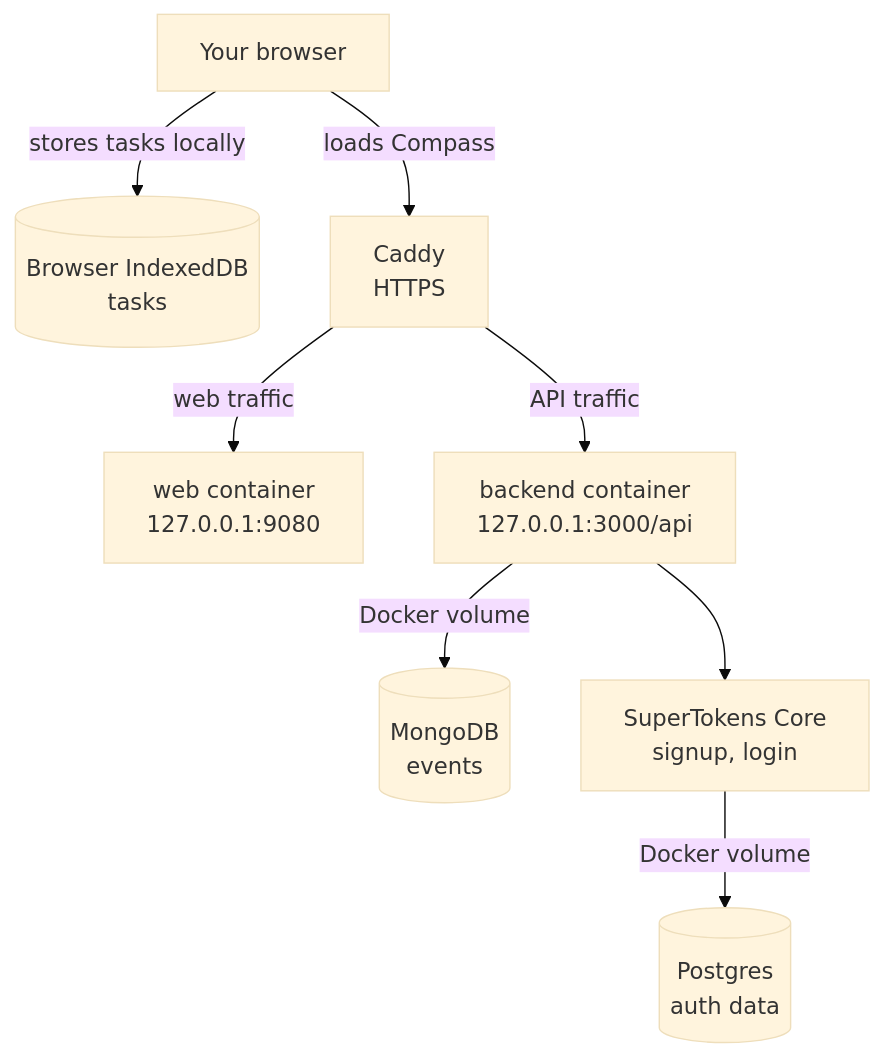
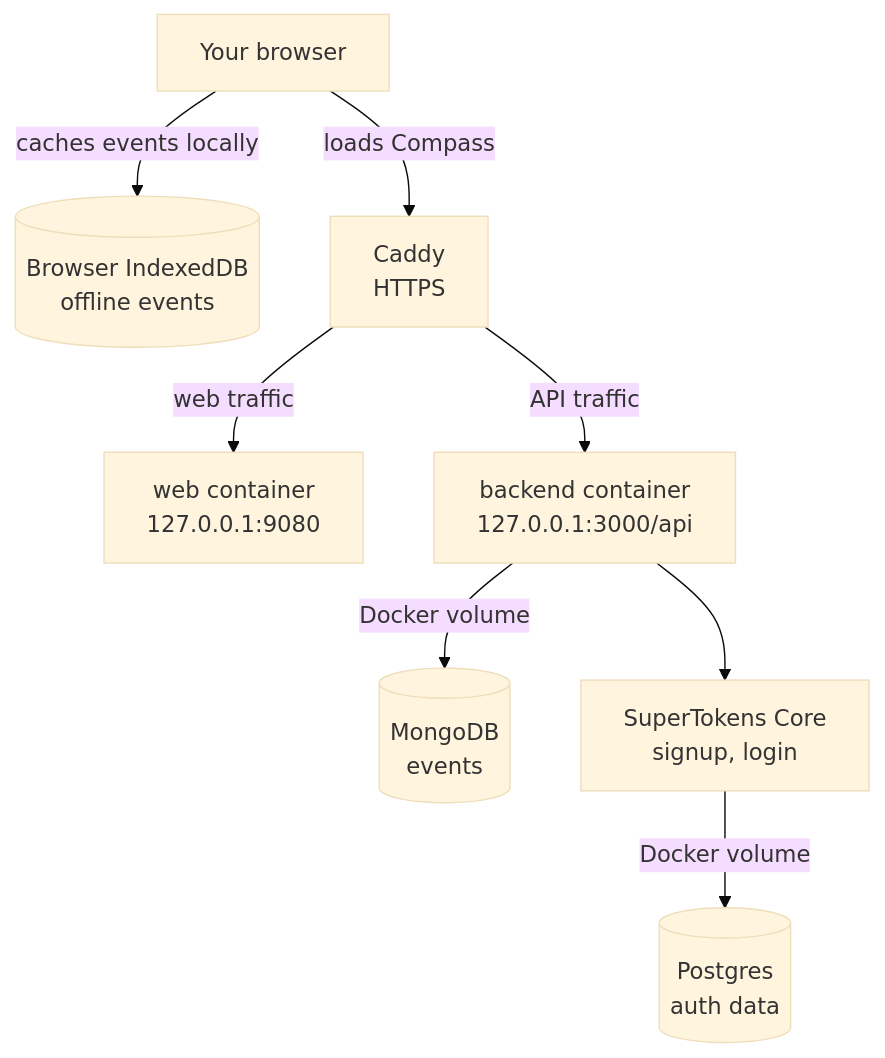
Before and after one commit to SwitchbackTech/compass: the diagram in docs/self-hosting/README.md, drawn with Mermaid (base theme). The commit also changed 19 other files, not shown here.

````diff
--- a/docs/self-hosting/README.md
+++ b/docs/self-hosting/README.md
@@ -13,19 +13,19 @@
 ```mermaid
 flowchart TD
     browser[Your browser]
-    indexeddb[(Browser IndexedDB<br/>tasks)]
+    indexeddb[(Browser IndexedDB<br/>offline events)]
     caddy[Caddy<br/>HTTPS]
     web[web container<br/>127.0.0.1:9080]
     backend[backend container<br/>127.0.0.1:3000/api]
     mongo[(MongoDB<br/>events)]
     supertokens[SuperTokens Core<br/>signup, login]
     postgres[(Postgres<br/>auth data)]
 
     browser -->|loads Compass| caddy
     caddy -->|web traffic| web
     caddy -->|API traffic| backend
-    browser -->|stores tasks locally| indexeddb
+    browser -->|caches events locally| indexeddb
     backend -->|Docker volume| mongo
     backend --> supertokens
     supertokens -->|Docker volume| postgres
 ```
````
